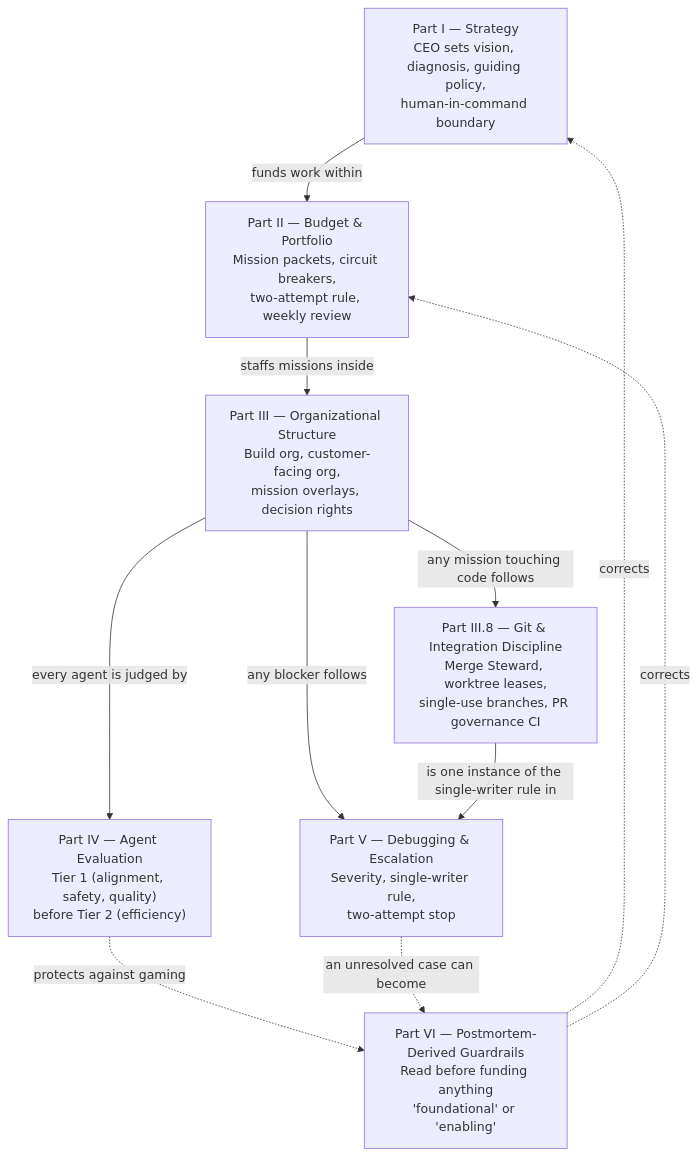
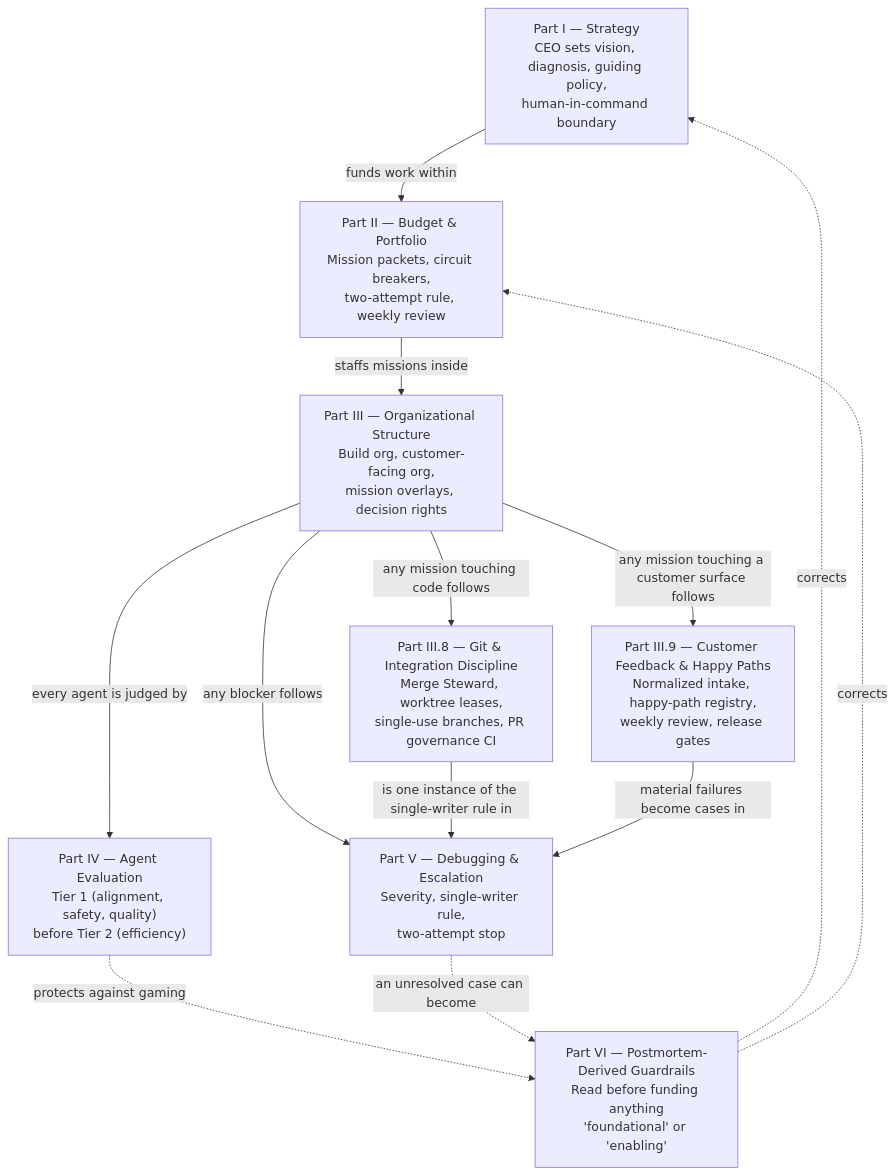
One commit to irl-labs-us/agentic-org-framework changed the diagram in README.md. Above: the diagram before and after it, drawn with Mermaid. The commit also changed other lines of this file and 12 other files, not shown here.

First line of the commit message:
Add III.9: customer feedback and happy-path discipline

````diff
--- a/README.md
+++ b/README.md
@@ -19,21 +19,24 @@
 ```mermaid
 flowchart TB
     STRATEGY["Part I — Strategy<br/>CEO sets vision, diagnosis, guiding policy,<br/>human-in-command boundary"]
     BUDGET["Part II — Budget & Portfolio<br/>Mission packets, circuit breakers,<br/>two-attempt rule, weekly review"]
     ORG["Part III — Organizational Structure<br/>Build org, customer-facing org,<br/>mission overlays, decision rights"]
     GIT["Part III.8 — Git & Integration Discipline<br/>Merge Steward, worktree leases,<br/>single-use branches, PR governance CI"]
+    FEEDBACK["Part III.9 — Customer Feedback & Happy Paths<br/>Normalized intake, happy-path registry,<br/>weekly review, release gates"]
     EVAL["Part IV — Agent Evaluation<br/>Tier 1 (alignment, safety, quality)<br/>before Tier 2 (efficiency)"]
     DEBUG["Part V — Debugging & Escalation<br/>Severity, single-writer rule,<br/>two-attempt stop"]
     GUARDRAILS["Part VI — Postmortem-Derived Guardrails<br/>Read before funding anything<br/>'foundational' or 'enabling'"]
 
     STRATEGY -->|"funds work within"| BUDGET
     BUDGET -->|"staffs missions inside"| ORG
     ORG -->|"any mission touching code follows"| GIT
+    ORG -->|"any mission touching a customer surface follows"| FEEDBACK
     ORG -->|"every agent is judged by"| EVAL
     ORG -->|"any blocker follows"| DEBUG
     GIT -->|"is one instance of the single-writer rule in"| DEBUG
+    FEEDBACK -->|"material failures become cases in"| DEBUG
     EVAL -.->|"protects against gaming"| GUARDRAILS
     DEBUG -.->|"an unresolved case can become"| GUARDRAILS
     GUARDRAILS -.->|"corrects"| STRATEGY
     GUARDRAILS -.->|"corrects"| BUDGET
 ```
````
